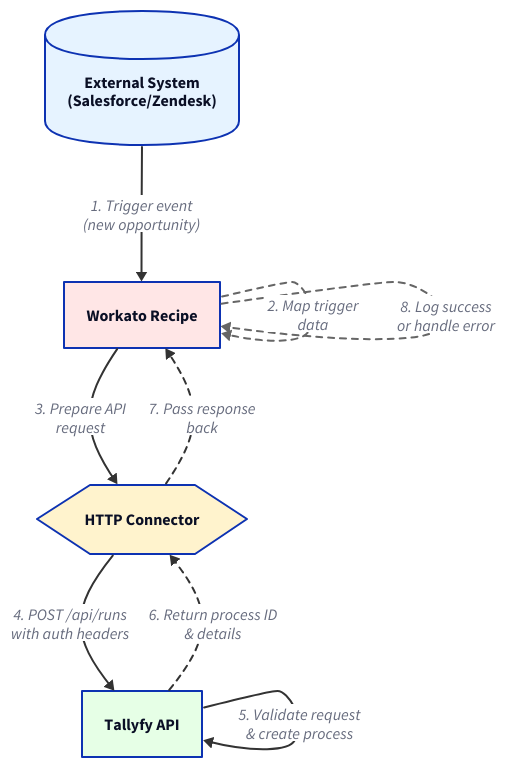
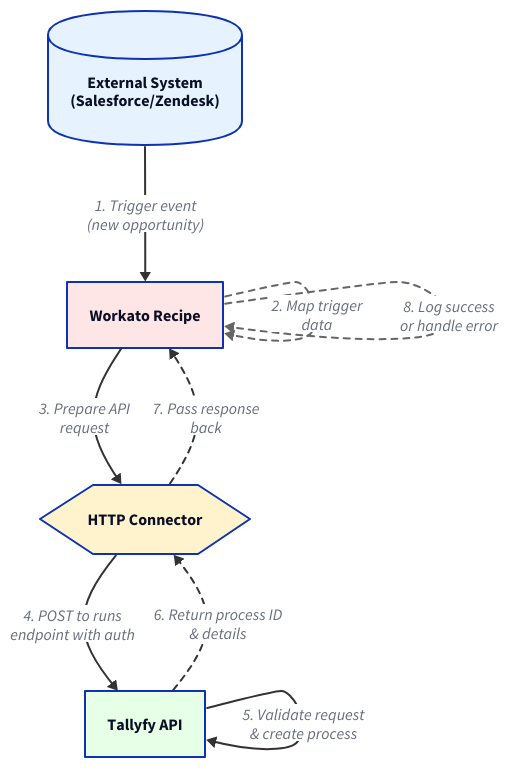
Before and after one commit to tallyfy/documentation: the diagram in src/content/docs/pro/integrations/middleware/workato/how-to-launch-tallyfy-processes-from-workato.mdx, drawn with D2. The commit also changed other lines of this file and 414 other files, not shown here.

````diff
--- a/src/content/docs/pro/integrations/middleware/workato/how-to-launch-tallyfy-processes-from-workato.mdx
+++ b/src/content/docs/pro/integrations/middleware/workato/how-to-launch-tallyfy-processes-from-workato.mdx
@@ -26,60 +24,60 @@
 ```d2
 direction: down
 
 ES: "External System\n(Salesforce/Zendesk)" {
   shape: cylinder
   style.fill: "#e6f3ff"
 }
 
 W: "Workato Recipe" {
   shape: rectangle
   style.fill: "#ffe6e6"
 }
 
 HTTP: "HTTP Connector" {
   shape: hexagon
   style.fill: "#fff3cd"
 }
 
 T: "Tallyfy API" {
   shape: rectangle
   style.fill: "#e6ffe6"
 }
 
 ES -> W: "1. Trigger event\n(new opportunity)" {
   style.stroke: "#333"
 }
 
 W -> W: "2. Map trigger\ndata" {
   style.stroke: "#666"
   style.stroke-dash: 3
 }
 
 W -> HTTP: "3. Prepare API\nrequest" {
   style.stroke: "#333"
 }
 
-HTTP -> T: "4. POST /api/runs\nwith auth headers" {
+HTTP -> T: "4. POST to runs\nendpoint with auth" {
   style.stroke: "#333"
   style.stroke-width: 2
 }
 
 T -> T: "5. Validate request\n& create process" {
   style.stroke: "#333"
 }
 
 T -> HTTP: "6. Return process ID\n& details" {
   style.stroke: "#333"
   style.stroke-dash: 3
 }
 
 HTTP -> W: "7. Pass response\nback" {
   style.stroke: "#333"
   style.stroke-dash: 3
 }
 
 W -> W: "8. Log success\nor handle error" {
   style.stroke: "#666"
   style.stroke-dash: 3
 }
 ```
````
